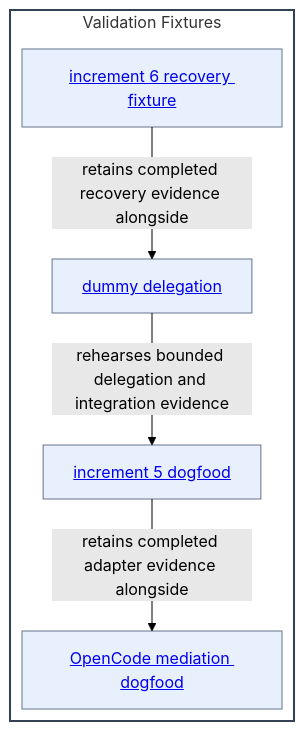
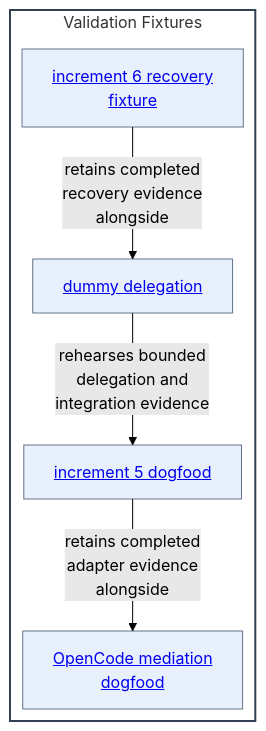
The diagram in validation-fixtures/as-is.md (abstract-business-systems/as-is), drawn with Mermaid (forest theme) before and after one commit. The commit also changed 47 other files, not shown here.

Commit message:
docs(diagrams): improve Mermaid readability validation

````diff
--- a/validation-fixtures/as-is.md
+++ b/validation-fixtures/as-is.md
@@ -25,23 +25,23 @@
 ```mermaid
 ---
 config:
   layout: elk
 ---
 %%{init: {"securityLevel": "loose"}}%%
 flowchart TB
     subgraph Fixtures["Validation Fixtures"]
         direction TB
         Dummy["<a href='./dummy-delegation/as-is.md#design'>dummy delegation</a>"]
         Increment5["<a href='./increment-5-dogfood/as-is.md#design'>increment 5 dogfood</a>"]
-        Increment6["<a href='./increment-6-recovery-fixture/as-is.md#design'>increment 6 recovery fixture</a>"]
-        OpenCode["<a href='./opencode-mediation-dogfood/as-is.md#design'>OpenCode mediation dogfood</a>"]
+        Increment6["<a href='./increment-6-recovery-fixture/as-is.md#design'>increment 6 recovery<br/>fixture</a>"]
+        OpenCode["<a href='./opencode-mediation-dogfood/as-is.md#design'>OpenCode mediation<br/>dogfood</a>"]
 
-        Dummy -->|rehearses bounded delegation and integration evidence| Increment5
-        Increment5 -->|retains completed adapter evidence alongside| OpenCode
-        Increment6 -->|retains completed recovery evidence alongside| Dummy
+        Dummy -->|rehearses bounded<br/>delegation and<br/>integration evidence| Increment5
+        Increment5 -->|retains completed<br/>adapter evidence<br/>alongside| OpenCode
+        Increment6 -->|retains completed<br/>recovery evidence<br/>alongside| Dummy
     end
     classDef component fill:#f8fafc,fill-opacity:0.1,stroke:#334155,stroke-width:2px
     classDef child fill:#2563eb,fill-opacity:0.1,stroke:#64748b,stroke-width:1px
     class Fixtures component
     class Dummy,Increment5,Increment6,OpenCode child
 ```
````
